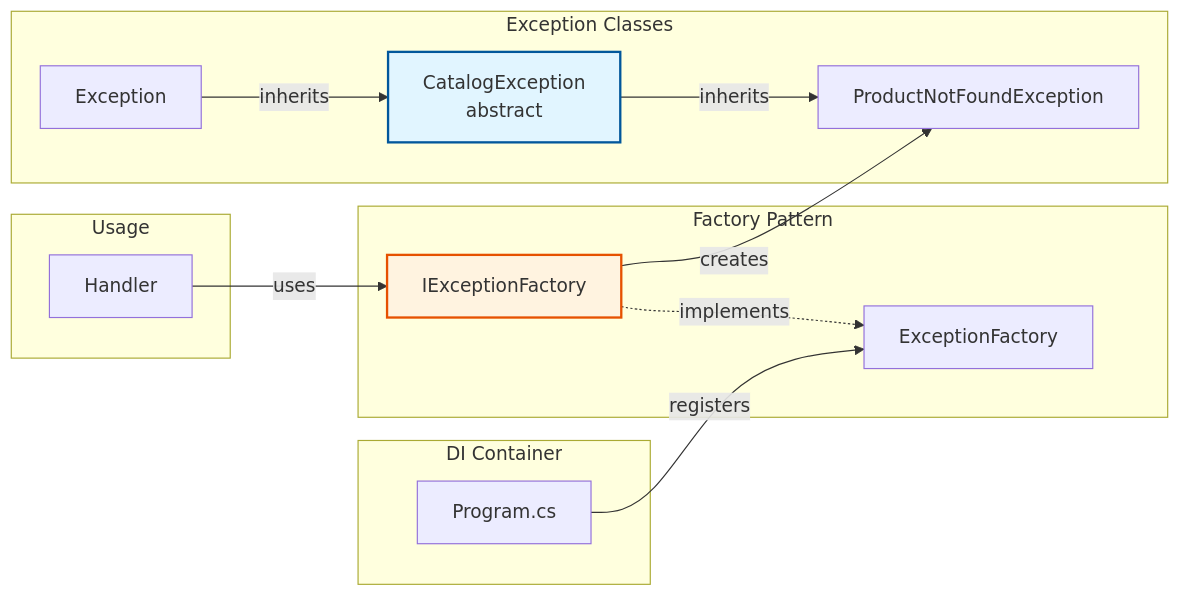
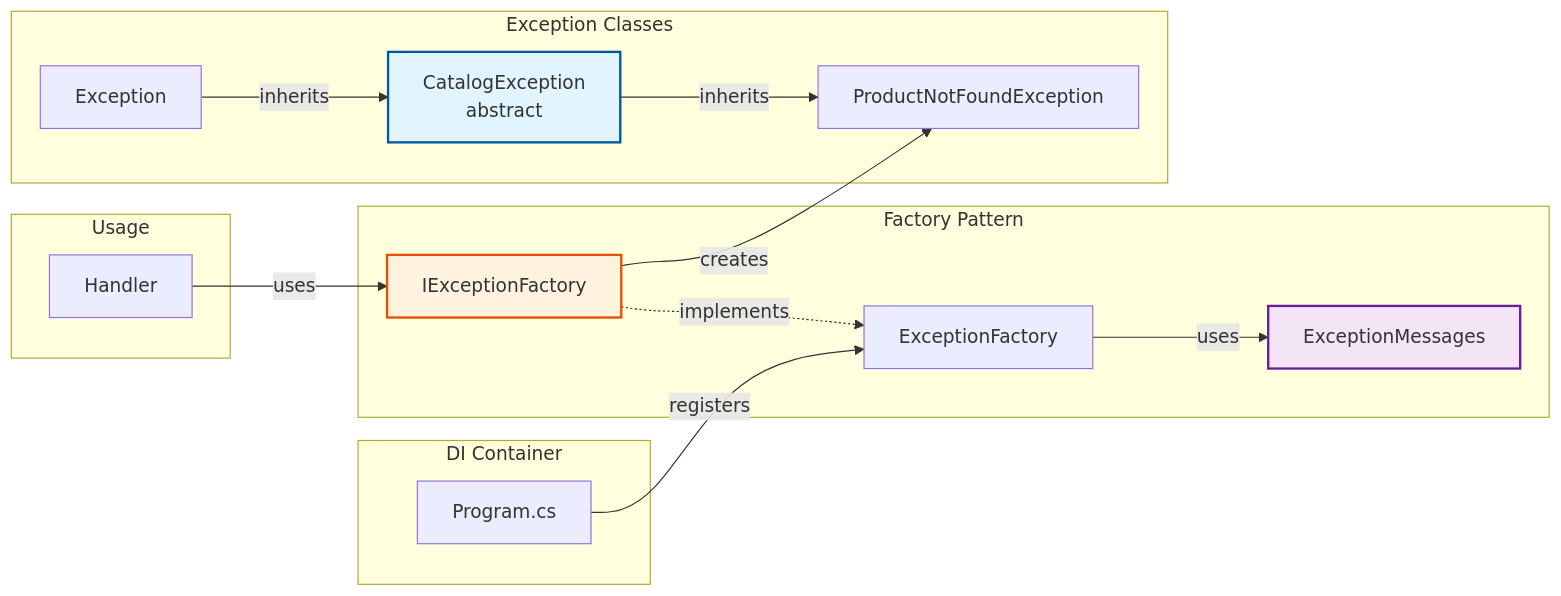
Before and after one commit to hamdyyemad/dotnet-microservices-ecommerce: the fourth of 5 diagrams in src/Services/Catalog/Catalog.API/Exceptions/README.md, drawn with Mermaid. The commit also changed other lines of this file and 6 other files, not shown here.

````diff
--- a/src/Services/Catalog/Catalog.API/Exceptions/README.md
+++ b/src/Services/Catalog/Catalog.API/Exceptions/README.md
@@ -127,30 +134,33 @@
 ```mermaid
 graph LR
     subgraph "Factory Pattern"
         IF[IExceptionFactory]
         EF[ExceptionFactory]
+        EM[ExceptionMessages]
         IF -.->|implements| EF
+        EF -->|uses| EM
     end
 
     subgraph "Exception Classes"
         EX[Exception]
         CE[CatalogException<br/>abstract]
         PNF[ProductNotFoundException]
         EX -->|inherits| CE
         CE -->|inherits| PNF
     end
 
     subgraph "Usage"
         H[Handler]
         H -->|uses| IF
         IF -->|creates| PNF
     end
 
     subgraph "DI Container"
         DI[Program.cs]
         DI -->|registers| EF
     end
 
     style CE fill:#e1f5ff,stroke:#01579b,stroke-width:2px
     style IF fill:#fff3e0,stroke:#e65100,stroke-width:2px
+    style EM fill:#f3e5f5,stroke:#6a1b9a,stroke-width:2px
 ```
````
